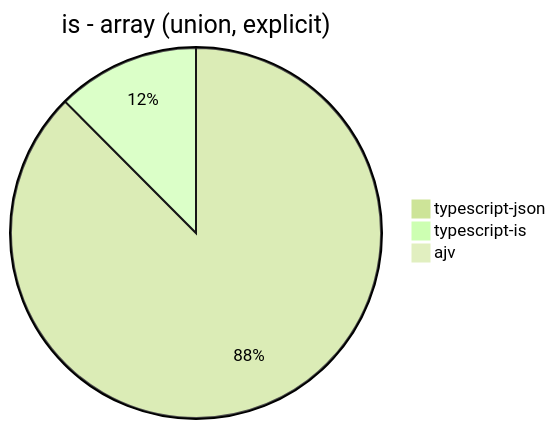
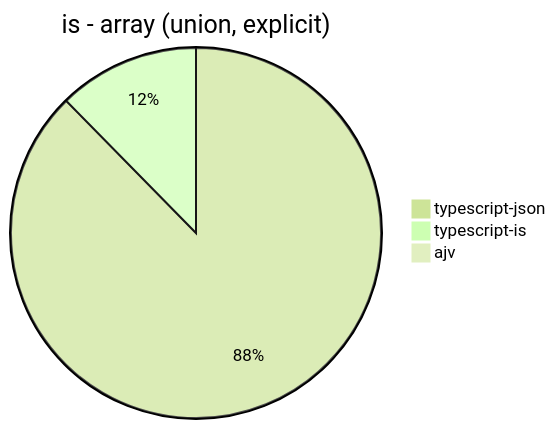
Before and after one commit to samchon/typia: diagram 12 of 30 in benchmark/results/AMD Ryzen 7 5800H with Radeon Graphics         .md, drawn with Mermaid (forest theme). The commit also changed other lines of this file, not shown here.

````diff
--- a/benchmark/results/AMD Ryzen 7 5800H with Radeon Graphics         .md
+++ b/benchmark/results/AMD Ryzen 7 5800H with Radeon Graphics         .md
@@ -116,6 +116,6 @@
 ```mermaid
 pie title is - array (union, explicit)
-  "typescript-json": 7171.43899325187
-  "typescript-is": 1021.4207250091542
+  "typescript-json": 6915.109740613097
+  "typescript-is": 974.8472871002516
   "ajv": 0
 ```
````
